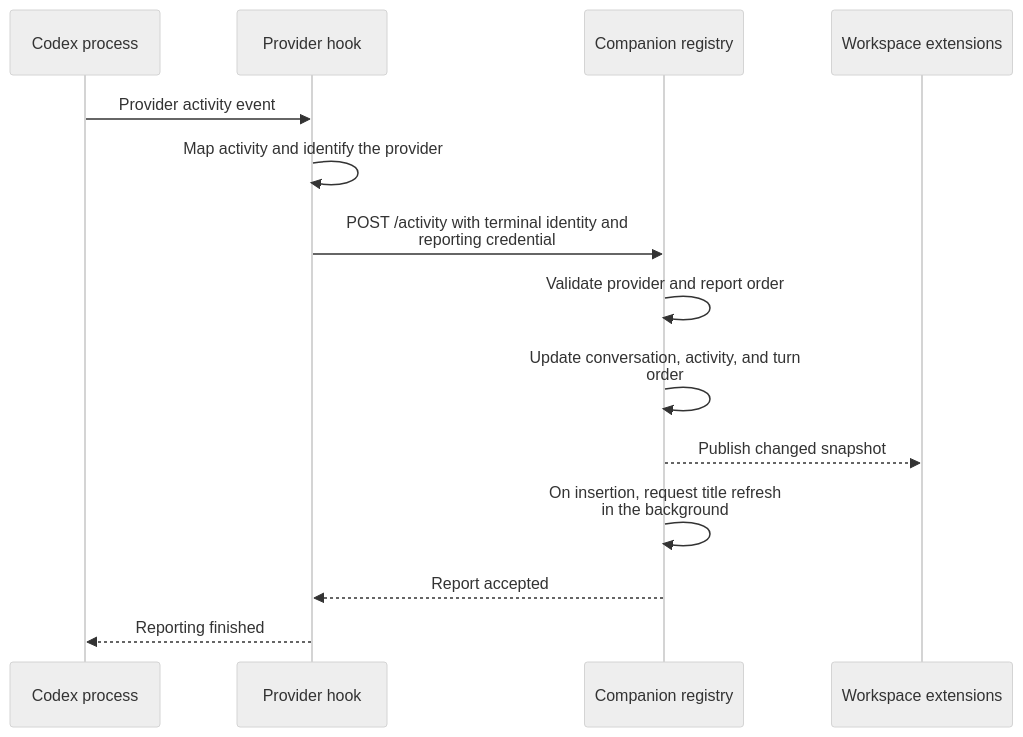
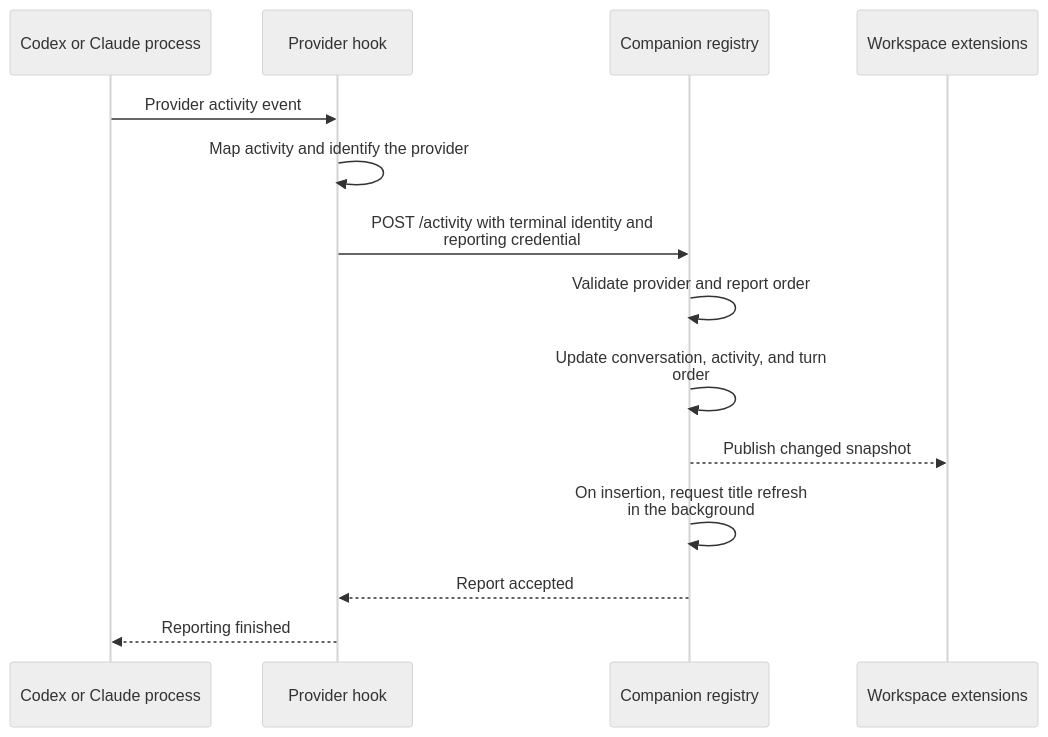
The first of 5 diagrams in workflows/chats.md (takeshibaconsuzuki/ade-overlay), drawn with Mermaid (neutral theme) before and after one commit. The commit also changed other lines of this file and 10 other files, not shown here.

````diff
--- a/workflows/chats.md
+++ b/workflows/chats.md
@@ -9,16 +9,16 @@
 ```mermaid
 sequenceDiagram
-    participant Provider as Codex process
+    participant Provider as Codex or Claude process
     participant Hook as Provider hook
     participant Chats as Companion registry
     participant Extensions as Workspace extensions
     Provider->>Hook: Provider activity event
     Hook->>Hook: Map activity and identify the provider
     Hook->>Chats: POST /activity with terminal identity and<br/>reporting credential
     Chats->>Chats: Validate provider and report order
     Chats->>Chats: Update conversation, activity, and turn<br/>order
     Chats-->>Extensions: Publish changed snapshot
     Chats->>Chats: On insertion, request title refresh<br/>in the background
     Chats-->>Hook: Report accepted
     Hook-->>Provider: Reporting finished
 ```
````
